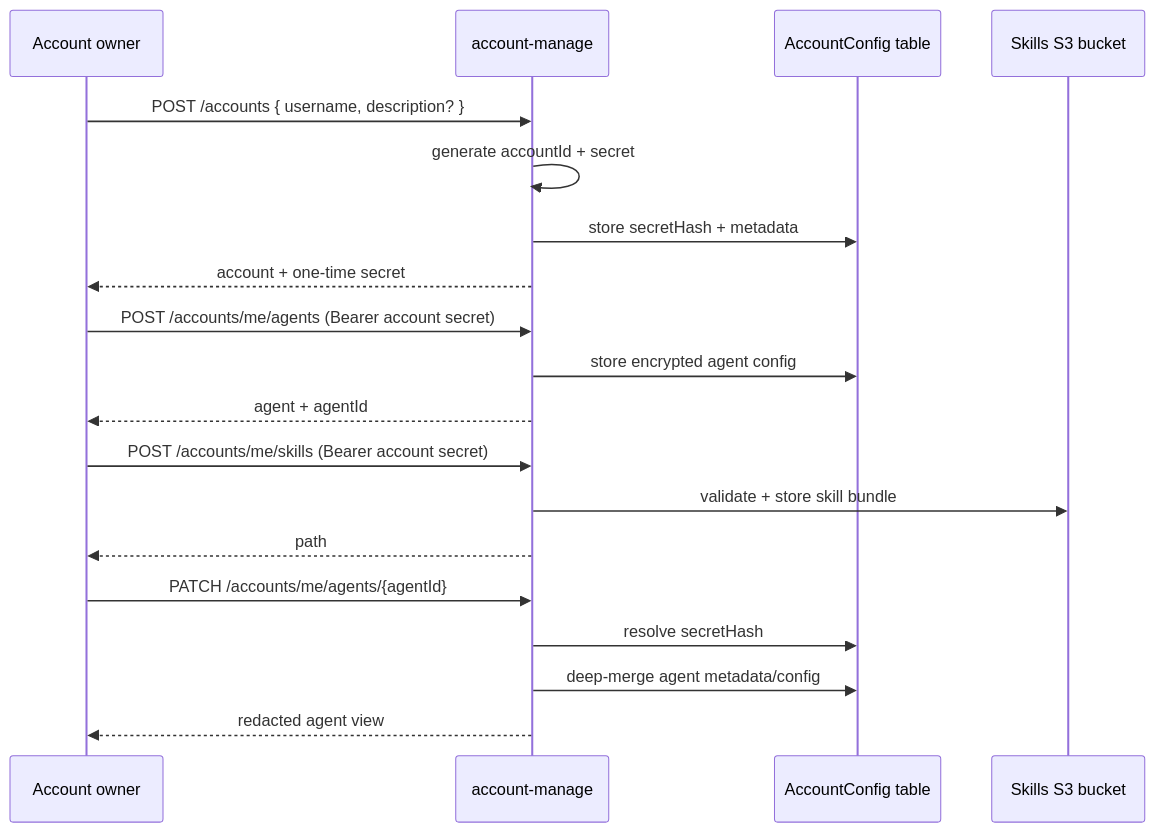
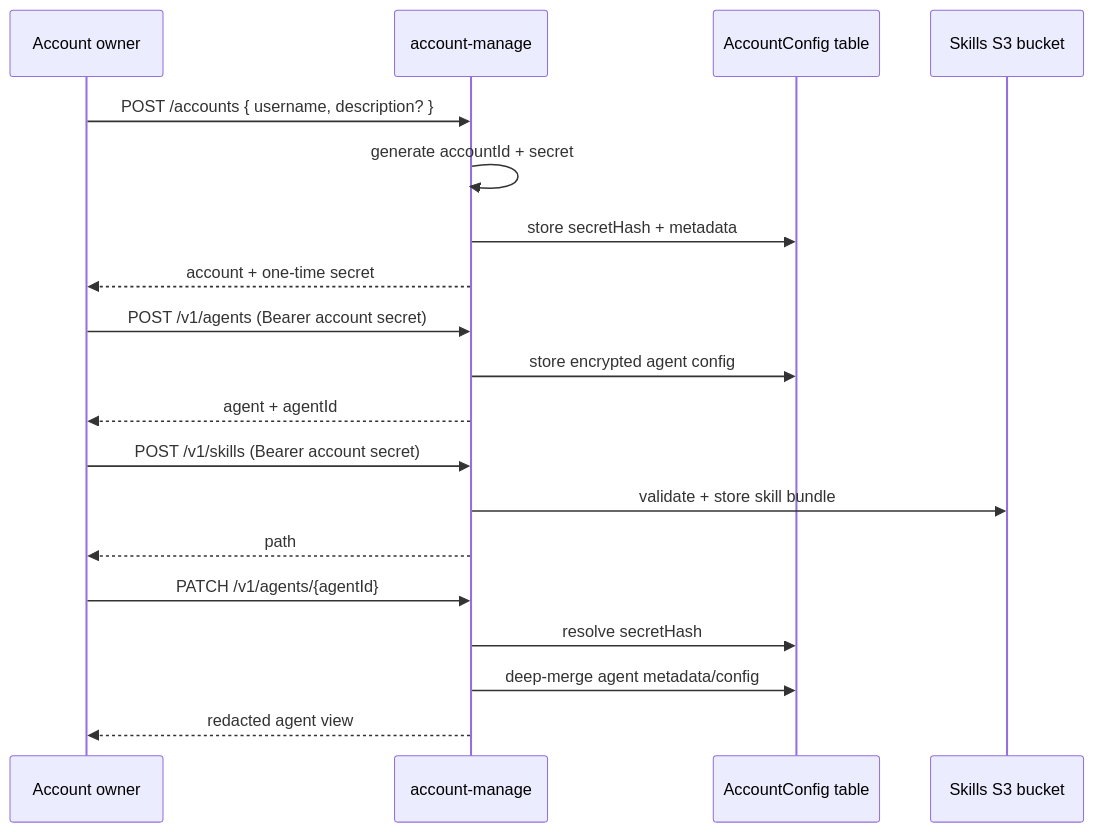
Before and after one commit to beeblastco/broods: the fifth of 12 diagrams in apps/docs/docs/architecture.md, drawn with Mermaid. The commit also changed 45 other files, not shown here.

````diff
--- a/apps/docs/docs/architecture.md
+++ b/apps/docs/docs/architecture.md
@@ -127,25 +127,25 @@
 ```mermaid
 sequenceDiagram
   participant U as Account owner
   participant M as account-manage
   participant A as AccountConfig table
   participant S as Skills S3 bucket
 
   U->>M: POST /accounts { username, description? }
   M->>M: generate accountId + secret
   M->>A: store secretHash + metadata
   M-->>U: account + one-time secret
 
-  U->>M: POST /accounts/me/agents (Bearer account secret)
+  U->>M: POST /v1/agents (Bearer account secret)
   M->>A: store encrypted agent config
   M-->>U: agent + agentId
 
-  U->>M: POST /accounts/me/skills (Bearer account secret)
+  U->>M: POST /v1/skills (Bearer account secret)
   M->>S: validate + store skill bundle
   M-->>U: path
 
-  U->>M: PATCH /accounts/me/agents/{agentId}
+  U->>M: PATCH /v1/agents/{agentId}
   M->>A: resolve secretHash
   M->>A: deep-merge agent metadata/config
   M-->>U: redacted agent view
 ```
````
